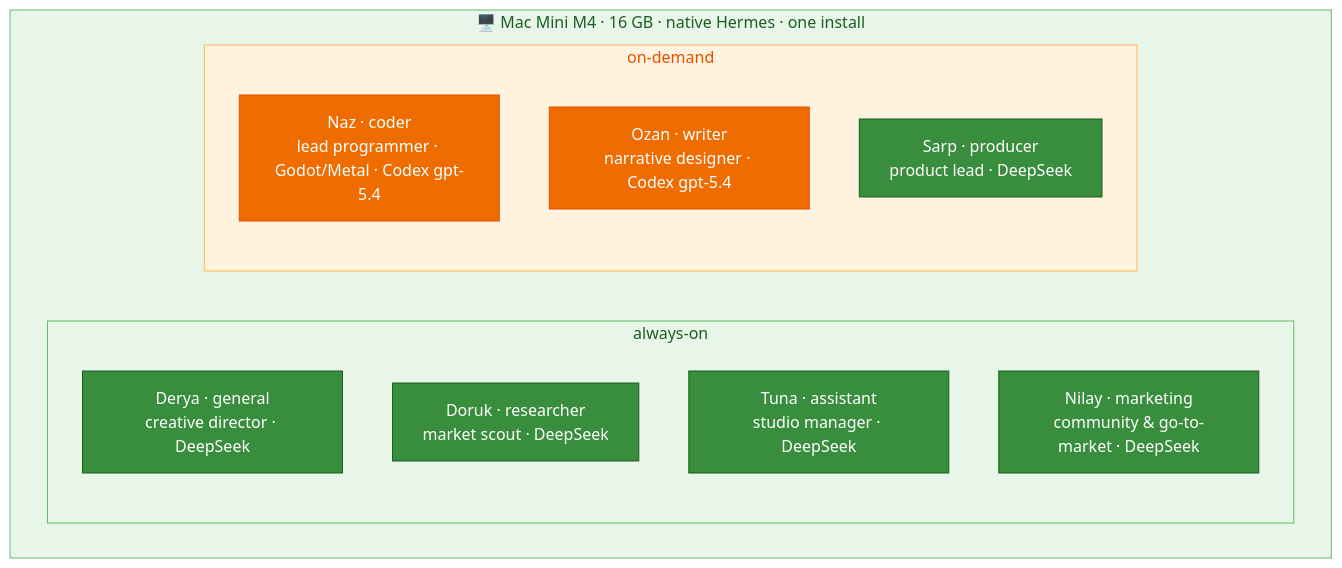
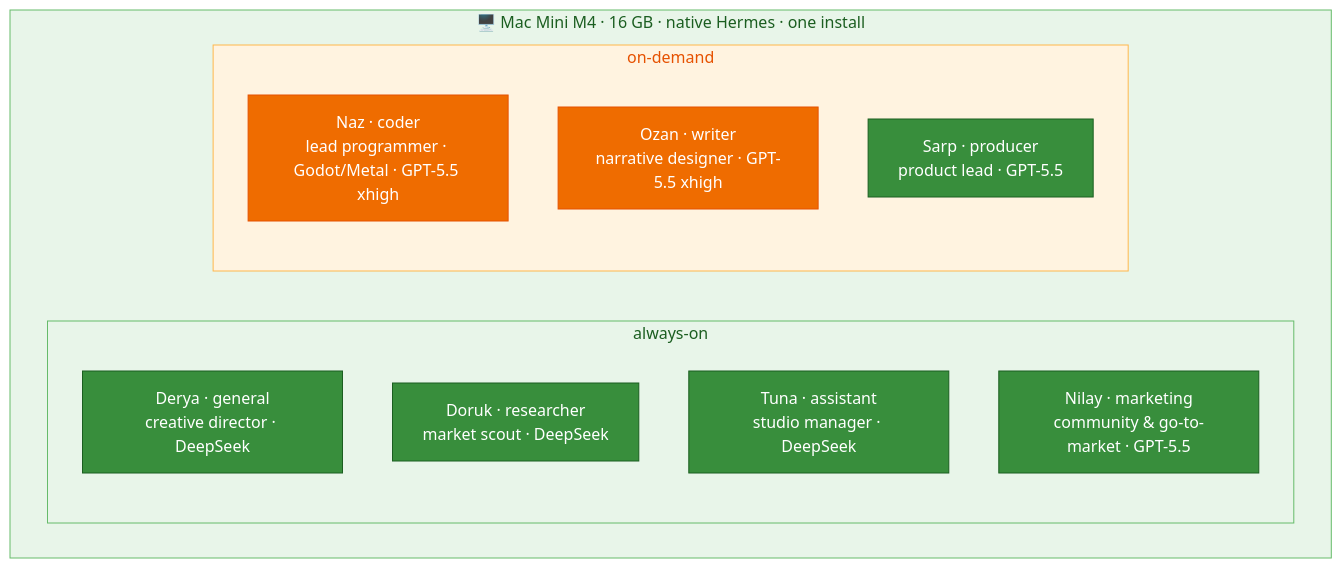
The diagram in docs/02-agents.md (mpolatcan/hermes-setup), drawn with Mermaid before and after one commit. The commit also changed other lines of this file and 5 other files, not shown here.

````diff
--- a/docs/02-agents.md
+++ b/docs/02-agents.md
@@ -7,21 +7,21 @@
 ```mermaid
 flowchart TB
     subgraph Mini["🖥️ Mac Mini M4 · 16 GB · native Hermes · one install"]
         subgraph always["always-on"]
             general["Derya · general<br/>creative director · DeepSeek"]:::mini
             researcher["Doruk · researcher<br/>market scout · DeepSeek"]:::mini
             assistant["Tuna · assistant<br/>studio manager · DeepSeek"]:::mini
-            marketing["Nilay · marketing<br/>community & go-to-market · DeepSeek"]:::mini
+            marketing["Nilay · marketing<br/>community & go-to-market · GPT-5.5"]:::mini
         end
         subgraph demand["on-demand"]
-            coder["Naz · coder<br/>lead programmer · Godot/Metal · Codex gpt-5.4"]:::codex
-            writer["Ozan · writer<br/>narrative designer · Codex gpt-5.4"]:::codex
-            producer["Sarp · producer<br/>product lead · DeepSeek"]:::mini
+            coder["Naz · coder<br/>lead programmer · Godot/Metal · GPT-5.5 xhigh"]:::codex
+            writer["Ozan · writer<br/>narrative designer · GPT-5.5 xhigh"]:::codex
+            producer["Sarp · producer<br/>product lead · GPT-5.5"]:::mini
         end
     end
     classDef mini fill:#388E3C,stroke:#1B5E20,color:#fff
     classDef codex fill:#EF6C00,stroke:#E65100,color:#fff
     style Mini fill:#E8F5E9,stroke:#66BB6A,color:#1B5E20
     style always fill:#E8F5E9,stroke:#66BB6A,color:#1B5E20
     style demand fill:#FFF3E0,stroke:#FFB74D,color:#E65100
 ```
````
